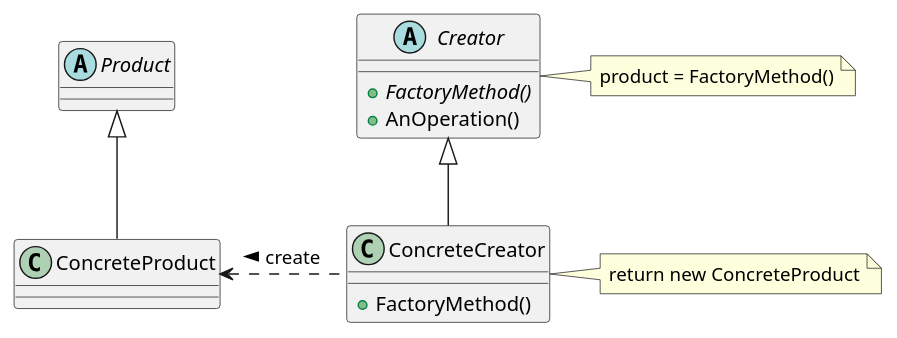
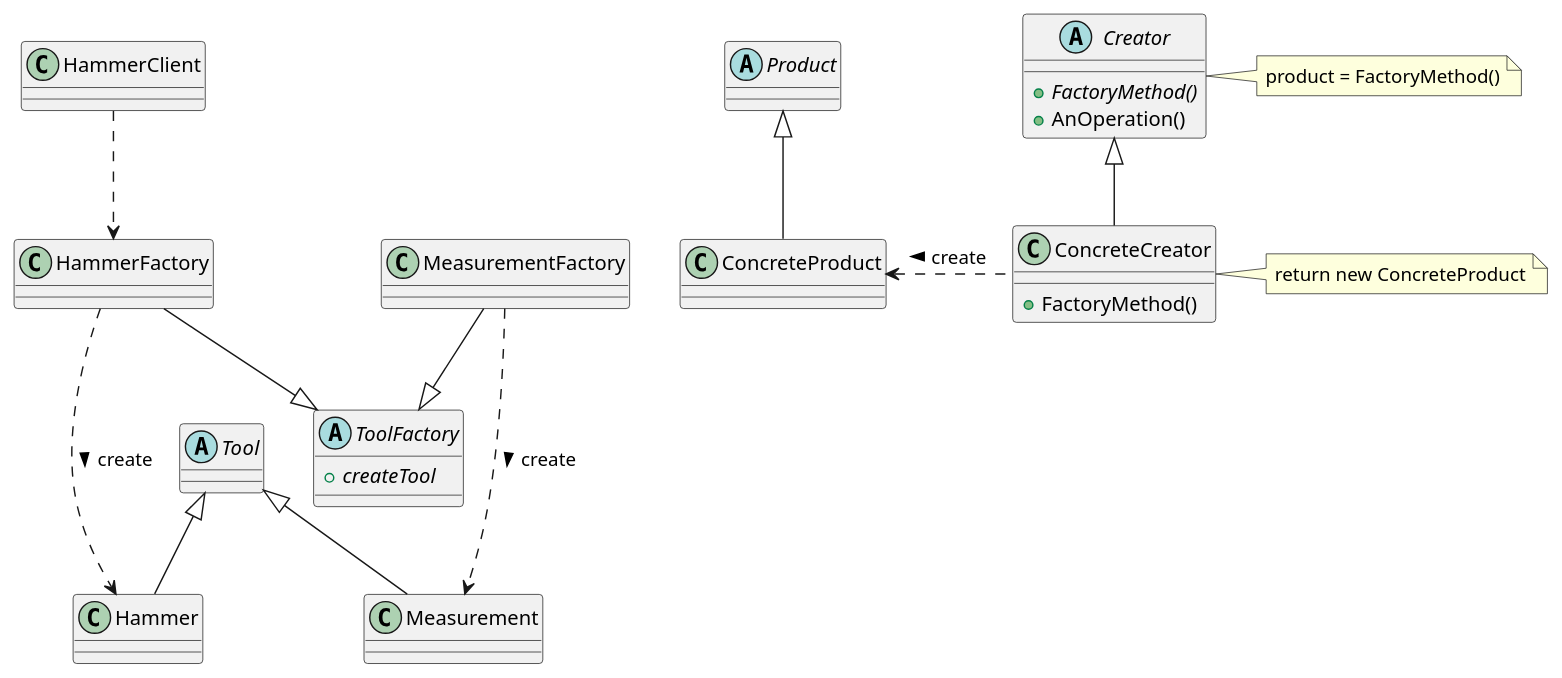
Before and after one commit to yuna611t/repo: the diagram in uml/design_pattern/FactoryMethod.pu, drawn with PlantUML.

Commit message:
Added a littele realistic pattern

```diff
--- a/uml/design_pattern/FactoryMethod.pu
+++ b/uml/design_pattern/FactoryMethod.pu
@@ -1,25 +1,36 @@
 @startuml
 abstract Creator {
     + {abstract} FactoryMethod()
     + AnOperation()
 }
 class ConcreteCreator {
     + FactoryMethod()
 }
 
-abstract Product{
-    
-}
+abstract Product
 
 ConcreteCreator -up-|> Creator
 ConcreteProduct -up-|> Product
 ConcreteCreator .le.> ConcreteProduct : create >
 
 note right of Creator 
     product = FactoryMethod()
 end note
 note right of ConcreteCreator
     return new ConcreteProduct
 end note
 
+
+' More real-world situation
+abstract Tool
+Hammer -up-|> Tool
+Measurement -up-|> Tool
+abstract ToolFactory {
+    + {abstract} createTool
+}
+HammerFactory --|> ToolFactory
+MeasurementFactory --|> ToolFactory
+HammerFactory ...> Hammer : create >
+MeasurementFactory ...> Measurement : create >
+HammerClient ..> HammerFactory
 @enduml
```
